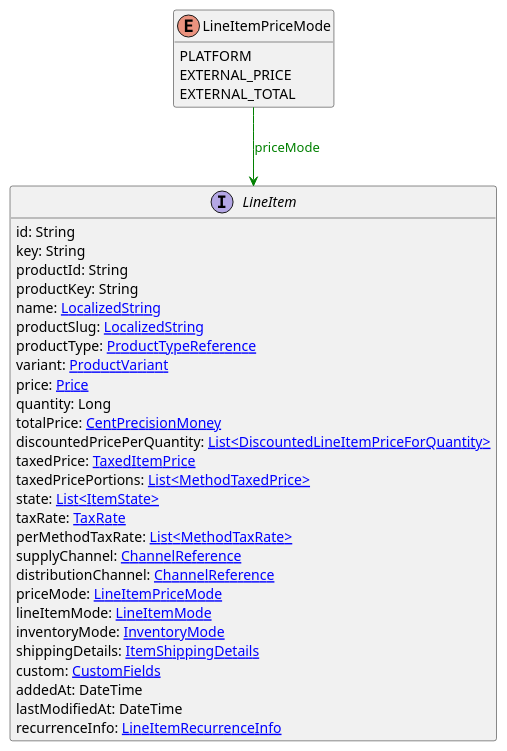
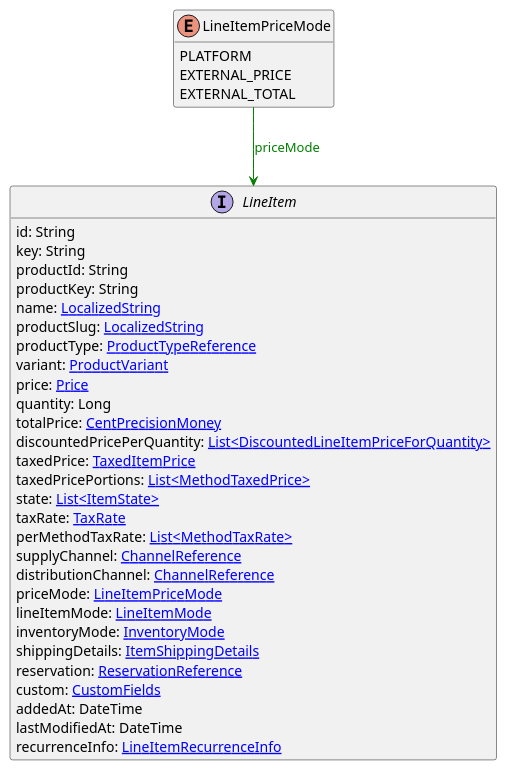
One commit to commercetools/commercetools-api-reference changed the diagram in uml/api/LineItemPriceMode.puml. Above: the diagram before and after it, drawn with PlantUML. The commit also changed 298 other files, not shown here.

```diff
--- a/uml/api/LineItemPriceMode.puml
+++ b/uml/api/LineItemPriceMode.puml
@@ -1,39 +1,40 @@
 @startuml
 
 hide methods
 enum LineItemPriceMode {
     PLATFORM
     EXTERNAL_PRICE
     EXTERNAL_TOTAL
 }
 interface LineItem [[LineItem.svg]]  {
     id: String
     key: String
     productId: String
     productKey: String
     name: [[LocalizedString.svg LocalizedString]]
     productSlug: [[LocalizedString.svg LocalizedString]]
     productType: [[ProductTypeReference.svg ProductTypeReference]]
     variant: [[ProductVariant.svg ProductVariant]]
     price: [[Price.svg Price]]
     quantity: Long
     totalPrice: [[CentPrecisionMoney.svg CentPrecisionMoney]]
     discountedPricePerQuantity: [[DiscountedLineItemPriceForQuantity.svg List<DiscountedLineItemPriceForQuantity>]]
     taxedPrice: [[TaxedItemPrice.svg TaxedItemPrice]]
     taxedPricePortions: [[MethodTaxedPrice.svg List<MethodTaxedPrice>]]
     state: [[ItemState.svg List<ItemState>]]
     taxRate: [[TaxRate.svg TaxRate]]
     perMethodTaxRate: [[MethodTaxRate.svg List<MethodTaxRate>]]
     supplyChannel: [[ChannelReference.svg ChannelReference]]
     distributionChannel: [[ChannelReference.svg ChannelReference]]
     priceMode: [[LineItemPriceMode.svg LineItemPriceMode]]
     lineItemMode: [[LineItemMode.svg LineItemMode]]
     inventoryMode: [[InventoryMode.svg InventoryMode]]
     shippingDetails: [[ItemShippingDetails.svg ItemShippingDetails]]
+    reservation: [[ReservationReference.svg ReservationReference]]
     custom: [[CustomFields.svg CustomFields]]
     addedAt: DateTime
     lastModifiedAt: DateTime
     recurrenceInfo: [[LineItemRecurrenceInfo.svg LineItemRecurrenceInfo]]
 }
 LineItemPriceMode --> LineItem #green;text:green : "priceMode"
 @enduml
```
